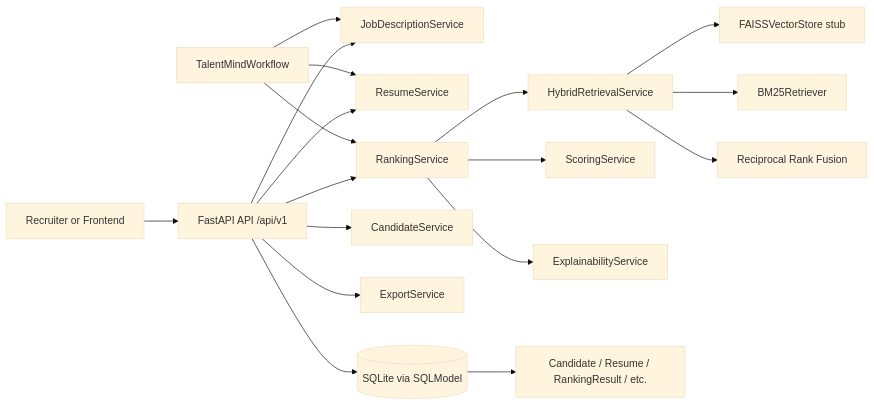
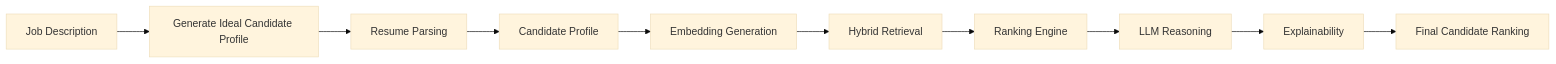
Before and after one commit to sushant-bot/ai_recruter: the second of 14 diagrams in README.md, drawn with Mermaid (base theme). The commit also changed other lines of this file, not shown here.

````diff
--- a/README.md
+++ b/README.md
@@ -20,25 +121,23 @@
 ```mermaid
 flowchart LR
-    R[Recruiter or Frontend] --> API[FastAPI API /api/v1]
 
-    API --> JD[JobDescriptionService]
-    API --> RS[ResumeService]
-    API --> RANK[RankingService]
-    API --> CAND[CandidateService]
-    API --> EXP[ExportService]
+JD[Job Description]
 
-    RANK --> RET[HybridRetrievalService]
-    RET --> DENSE[FAISSVectorStore stub]
-    RET --> LEX[BM25Retriever]
-    RET --> RRF[Reciprocal Rank Fusion]
+JD --> ICP[Generate Ideal Candidate Profile]
 
-    RANK --> SCORE[ScoringService]
-    RANK --> XAI[ExplainabilityService]
+ICP --> RP[Resume Parsing]
 
-    API --> DB[(SQLite via SQLModel)]
-    DB --> MODELS[Candidate / Resume / RankingResult / etc.]
+RP --> CP[Candidate Profile]
 
-    WF[TalentMindWorkflow] --> JD
-    WF --> RS
-    WF --> RANK
+CP --> EMB[Embedding Generation]
+
+EMB --> RET[Hybrid Retrieval]
+
+RET --> SCORE[Ranking Engine]
+
+SCORE --> LLM[LLM Reasoning]
+
+LLM --> EXP[Explainability]
+
+EXP --> OUT[Final Candidate Ranking]
 ```
````
